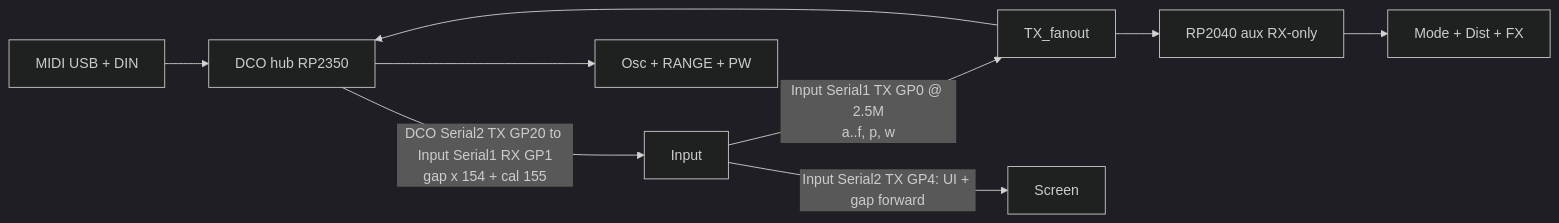
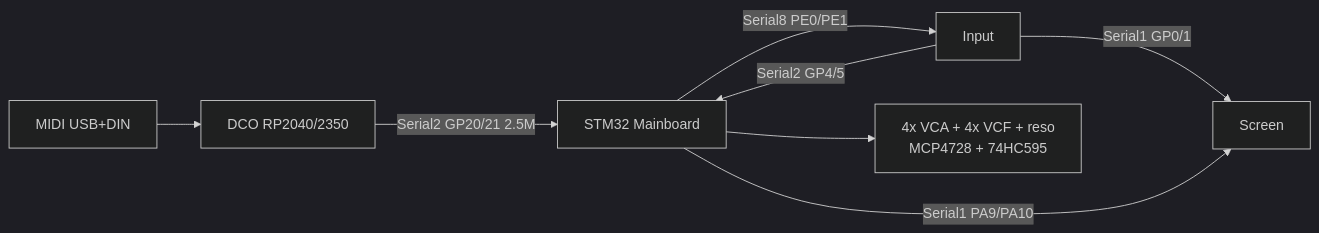
One commit to felipegaspari/DCO4-REBORN-DCO changed the diagram in docs/SYSTEM_OVERVIEW.md. Above: the diagram before and after it, drawn with Mermaid (dark theme). The commit also changed other lines of this file and 18 other files, not shown here.

````diff
--- a/docs/SYSTEM_OVERVIEW.md
+++ b/docs/SYSTEM_OVERVIEW.md
@@ -31,11 +27,10 @@
 ```mermaid
 flowchart LR
-  World["MIDI USB + DIN"] --> DCO["DCO hub RP2350"]
-  Input["Input"] -->|"Input Serial1 TX GP0 @ 2.5M\na..f, p, w"| Fan["TX_fanout"]
-  Fan --> DCO
-  Fan --> Aux["RP2040 aux RX-only"]
-  DCO -->|"DCO Serial2 TX GP20 to Input Serial1 RX GP1\ngap x 154 + cal 155"| Input
-  Input -->|"Input Serial2 TX GP4: UI + gap forward"| Screen["Screen"]
-  DCO --> AnalogFront["Osc + RANGE + PW"]
-  Aux --> AnalogPost["Mode + Dist + FX"]
+  MIDI["MIDI USB+DIN"] --> DCO["DCO RP2040/2350"]
+  DCO -->|"Serial2 GP20/21 2.5M"| MB["STM32 Mainboard"]
+  Input["Input"] -->|"Serial2 GP4/5"| MB
+  Input -->|"Serial1 GP0/1"| Screen["Screen"]
+  MB -->|"Serial1 PA9/PA10"| Screen
+  MB -->|"Serial8 PE0/PE1"| Input
+  MB --> Analog["4x VCA + 4x VCF + reso\nMCP4728 + 74HC595"]
 ```
````
